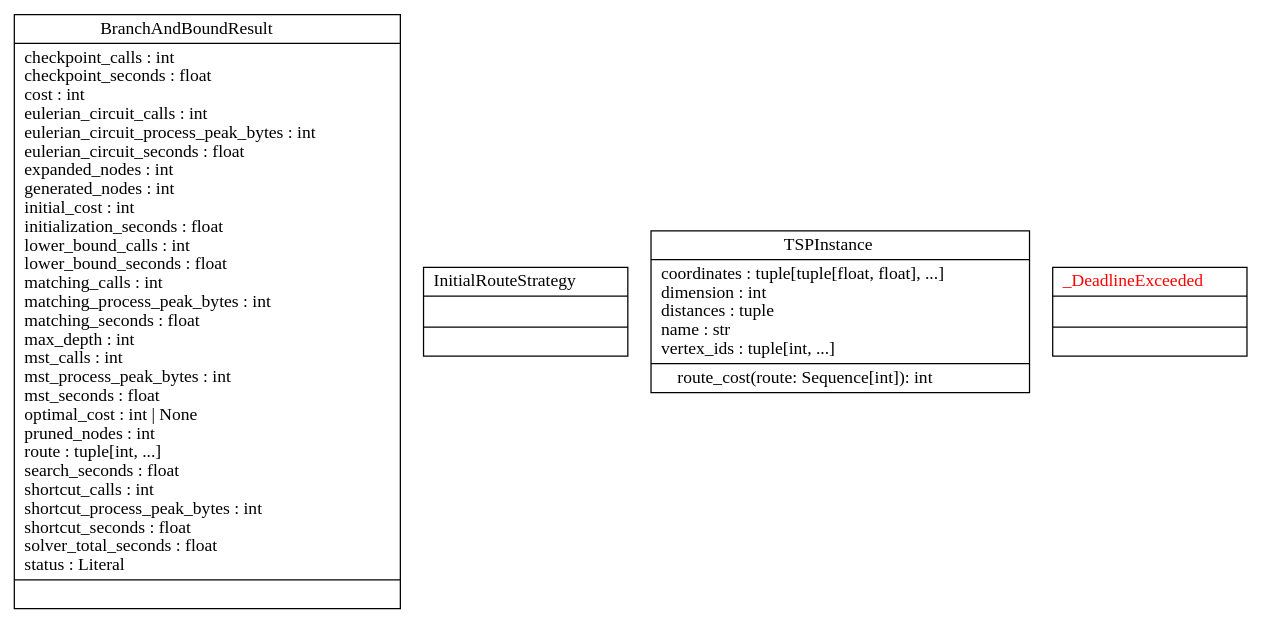
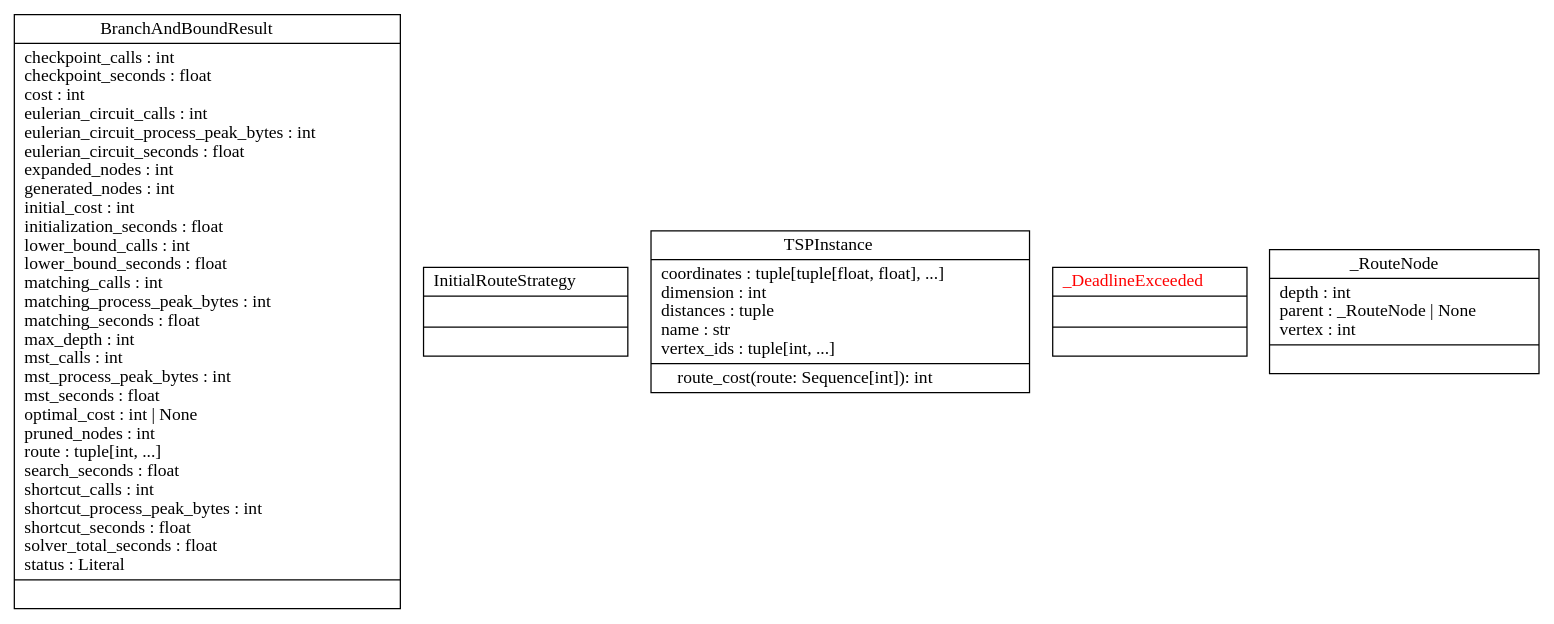
One commit to ChrystianMelo/TravelingSalesmanOptimization changed the diagram in docs/diagrams/generated/uml-classes.dot. Above: the diagram before and after it, drawn with Graphviz. The commit also changed 32 other files, not shown here.

Commit message:
Expand generated architecture and strategy documentation.

```diff
--- a/docs/diagrams/generated/uml-classes.dot
+++ b/docs/diagrams/generated/uml-classes.dot
@@ -1,8 +1,9 @@
 digraph "classes_domain" {
 rankdir=BT
 charset="utf-8"
 "traveling_salesman_optimization.branch_and_bound.BranchAndBoundResult" [color="black", fontcolor="black", label=<{BranchAndBoundResult|checkpoint_calls : int<br ALIGN="LEFT"/>checkpoint_seconds : float<br ALIGN="LEFT"/>cost : int<br ALIGN="LEFT"/>eulerian_circuit_calls : int<br ALIGN="LEFT"/>eulerian_circuit_process_peak_bytes : int<br ALIGN="LEFT"/>eulerian_circuit_seconds : float<br ALIGN="LEFT"/>expanded_nodes : int<br ALIGN="LEFT"/>generated_nodes : int<br ALIGN="LEFT"/>initial_cost : int<br ALIGN="LEFT"/>initialization_seconds : float<br ALIGN="LEFT"/>lower_bound_calls : int<br ALIGN="LEFT"/>lower_bound_seconds : float<br ALIGN="LEFT"/>matching_calls : int<br ALIGN="LEFT"/>matching_process_peak_bytes : int<br ALIGN="LEFT"/>matching_seconds : float<br ALIGN="LEFT"/>max_depth : int<br ALIGN="LEFT"/>mst_calls : int<br ALIGN="LEFT"/>mst_process_peak_bytes : int<br ALIGN="LEFT"/>mst_seconds : float<br ALIGN="LEFT"/>optimal_cost : int \| None<br ALIGN="LEFT"/>pruned_nodes : int<br ALIGN="LEFT"/>route : tuple[int, ...]<br ALIGN="LEFT"/>search_seconds : float<br ALIGN="LEFT"/>shortcut_calls : int<br ALIGN="LEFT"/>shortcut_process_peak_bytes : int<br ALIGN="LEFT"/>shortcut_seconds : float<br ALIGN="LEFT"/>solver_total_seconds : float<br ALIGN="LEFT"/>status : Literal<br ALIGN="LEFT"/>|}>, shape="record", style="solid"];
 "traveling_salesman_optimization.initial_solutions.InitialRouteStrategy" [color="black", fontcolor="black", label=<{InitialRouteStrategy|<br ALIGN="LEFT"/>|}>, shape="record", style="solid"];
 "traveling_salesman_optimization.tsplib.TSPInstance" [color="black", fontcolor="black", label=<{TSPInstance|coordinates : tuple[tuple[float, float], ...]<br ALIGN="LEFT"/>dimension : int<br ALIGN="LEFT"/>distances : tuple<br ALIGN="LEFT"/>name : str<br ALIGN="LEFT"/>vertex_ids : tuple[int, ...]<br ALIGN="LEFT"/>|route_cost(route: Sequence[int]): int<br ALIGN="LEFT"/>}>, shape="record", style="solid"];
 "traveling_salesman_optimization.branch_and_bound._DeadlineExceeded" [color="black", fontcolor="red", label=<{_DeadlineExceeded|<br ALIGN="LEFT"/>|}>, shape="record", style="solid"];
+"traveling_salesman_optimization.branch_and_bound._RouteNode" [color="black", fontcolor="black", label=<{_RouteNode|depth : int<br ALIGN="LEFT"/>parent : _RouteNode \| None<br ALIGN="LEFT"/>vertex : int<br ALIGN="LEFT"/>|}>, shape="record", style="solid"];
 }
```
